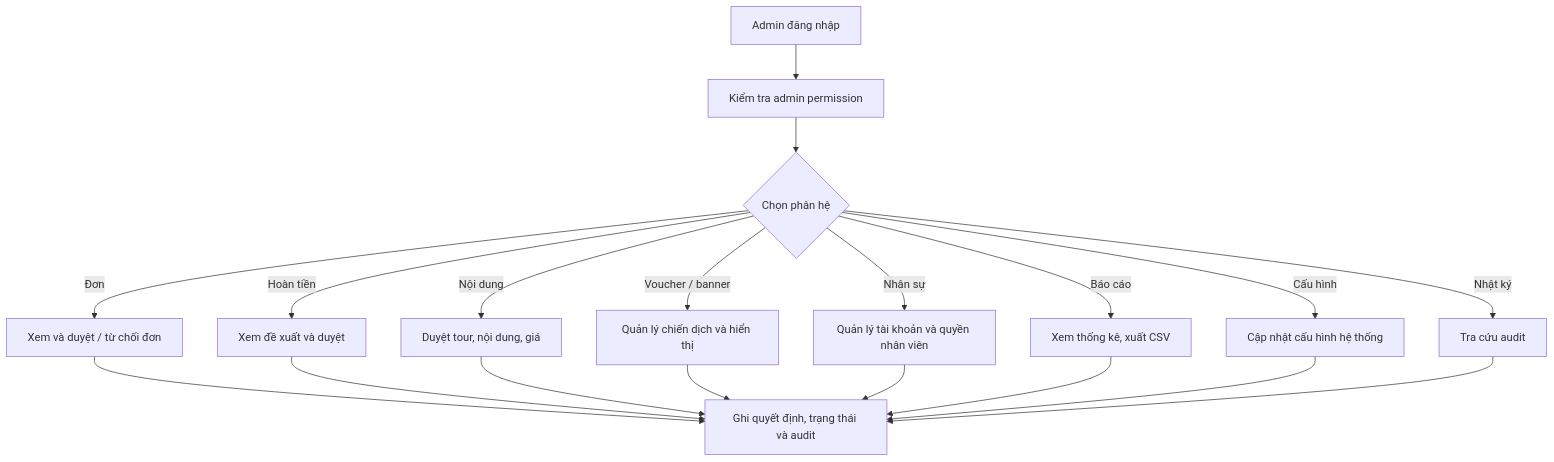
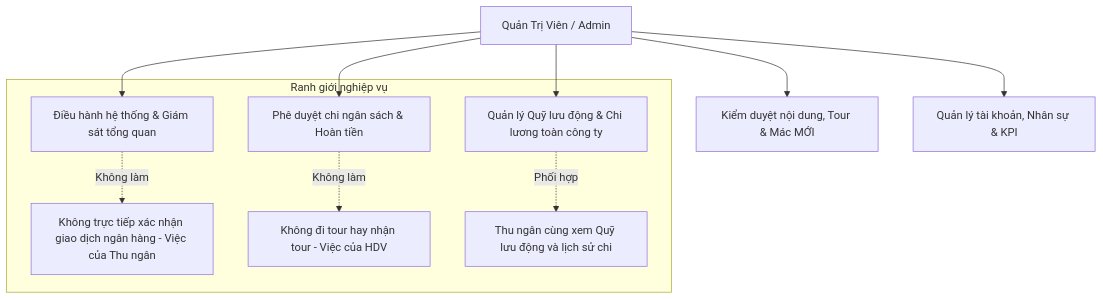
One commit to dongocphat007-ctrl/Travel changed the first of 3 diagrams in docs/WORKFLOWS_TRAVEL/16_WORKFLOW_ADMIN.md. Above: the diagram before and after it, drawn with Mermaid. The commit also changed other lines of this file and 139 other files, not shown here.

````diff
--- a/docs/WORKFLOWS_TRAVEL/16_WORKFLOW_ADMIN.md
+++ b/docs/WORKFLOWS_TRAVEL/16_WORKFLOW_ADMIN.md
@@ -3,21 +9,14 @@
 ```mermaid
 flowchart TD
- A[Admin đăng nhập] --> B[Kiểm tra admin permission]
- B --> C{Chọn phân hệ}
- C -->|Đơn| D[Xem và duyệt / từ chối đơn]
- C -->|Hoàn tiền| E[Xem đề xuất và duyệt]
- C -->|Nội dung| F[Duyệt tour, nội dung, giá]
- C -->|Voucher / banner| G[Quản lý chiến dịch và hiển thị]
- C -->|Nhân sự| H[Quản lý tài khoản và quyền nhân viên]
- C -->|Báo cáo| I[Xem thống kê, xuất CSV]
- C -->|Cấu hình| J[Cập nhật cấu hình hệ thống]
- C -->|Nhật ký| K[Tra cứu audit]
- D --> L[Ghi quyết định, trạng thái và audit]
- E --> L
- F --> L
- G --> L
- H --> L
- I --> L
- J --> L
- K --> L
+    A[Quản Trị Viên / Admin] --> B[Điều hành hệ thống & Giám sát tổng quan]
+    A --> C[Phê duyệt chi ngân sách & Hoàn tiền]
+    A --> D[Quản lý Quỹ lưu động & Chi lương toàn công ty]
+    A --> E[Kiểm duyệt nội dung, Tour & Mác MỚI]
+    A --> F[Quản lý tài khoản, Nhân sự & KPI]
+
+    subgraph RanhGioi[Ranh giới nghiệp vụ]
+        B -. Không làm .-> X1[Không trực tiếp xác nhận giao dịch ngân hàng - Việc của Thu ngân]
+        C -. Không làm .-> X2[Không đi tour hay nhận tour - Việc của HDV]
+        D -. Phối hợp .-> X3[Thu ngân cùng xem Quỹ lưu động và lịch sử chi]
+    end
 ```
````
